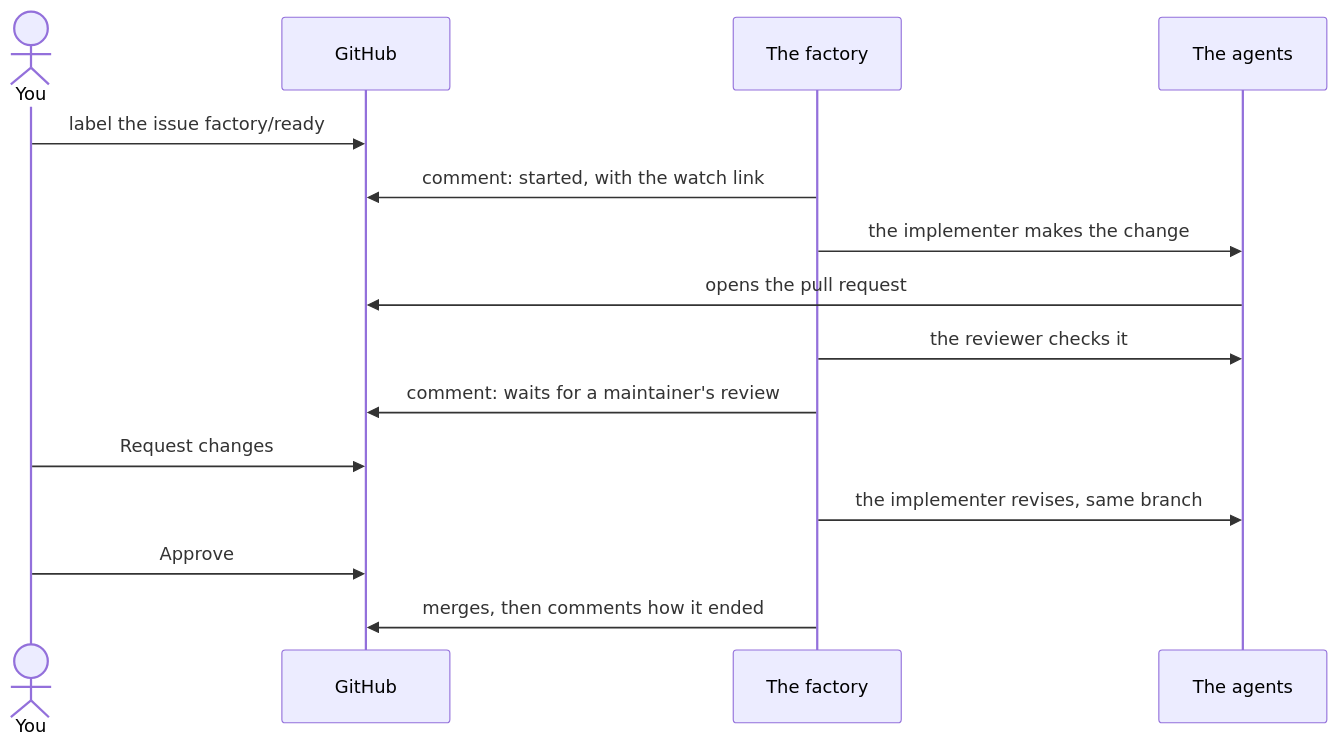
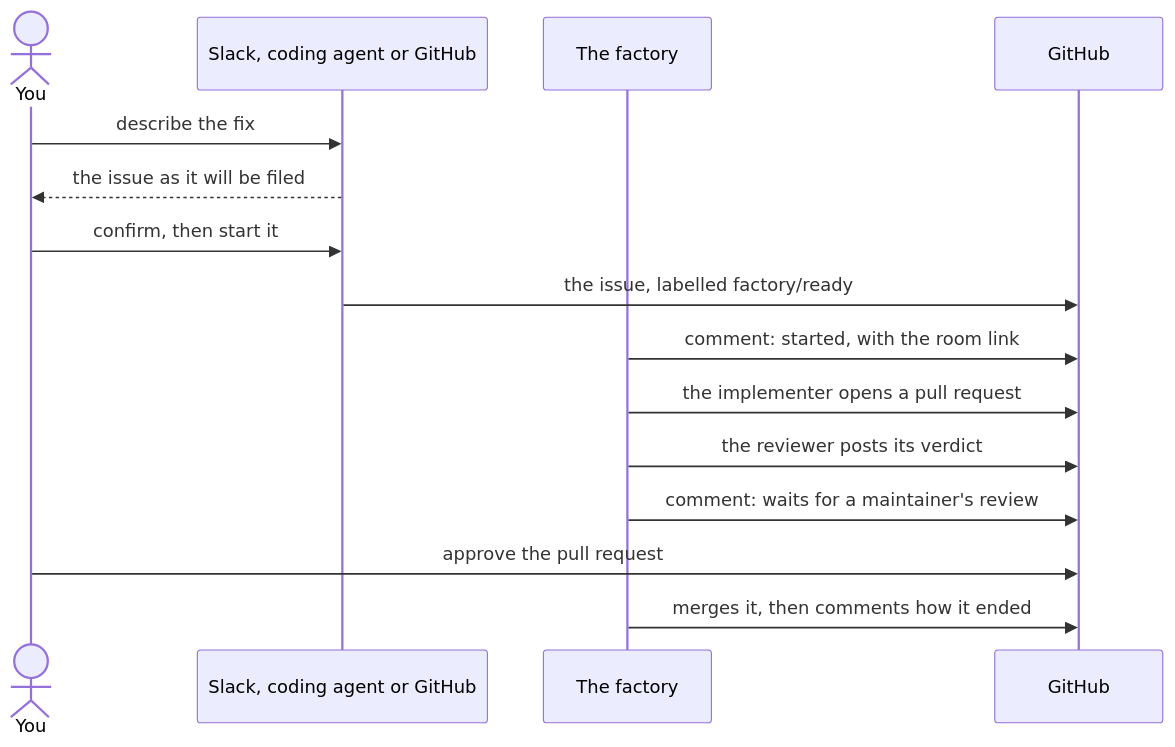
Before and after one commit to Smana/ai-native-ref: the diagram in website/content/docs/use/guide/your-first-task.md, drawn with Mermaid. The commit also changed other lines of this file and 12 other files, not shown here.

First line of the commit message:
docs(guide): an example-driven user guide, from Slack, a coding agent or GitHub (#333)

````diff
--- a/website/content/docs/use/guide/your-first-task.md
+++ b/website/content/docs/use/guide/your-first-task.md
@@ -87,17 +21,17 @@
 ```mermaid
 sequenceDiagram
   actor You
+  participant In as Slack, coding agent or GitHub
+  participant F as The factory
   participant GH as GitHub
-  participant F as The factory
-  participant A as The agents
-  You->>GH: label the issue factory/ready
-  F->>GH: comment: started, with the watch link
-  F->>A: the implementer makes the change
-  A->>GH: opens the pull request
-  F->>A: the reviewer checks it
+  You->>In: describe the fix
+  In-->>You: the issue as it will be filed
+  You->>In: confirm, then start it
+  In->>GH: the issue, labelled factory/ready
+  F->>GH: comment: started, with the room link
+  F->>GH: the implementer opens a pull request
+  F->>GH: the reviewer posts its verdict
   F->>GH: comment: waits for a maintainer's review
-  You->>GH: Request changes
-  F->>A: the implementer revises, same branch
-  You->>GH: Approve
-  F->>GH: merges, then comments how it ended
+  You->>GH: approve the pull request
+  F->>GH: merges it, then comments how it ended
 ```
````
